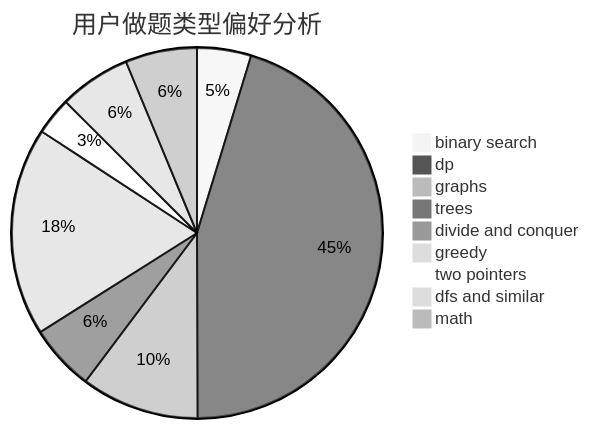
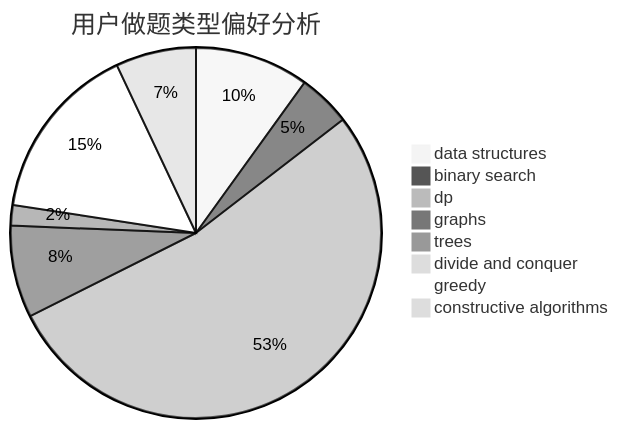
One commit to sherpahu/cfrs.github.io changed the second of 3 diagrams in docs/user/u1750.md. Above: the diagram before and after it, drawn with Mermaid (neutral theme). The commit also changed other lines of this file and 2775 other files, not shown here.

````diff
--- a/docs/user/u1750.md
+++ b/docs/user/u1750.md
@@ -23,12 +23,11 @@
 ```mermaid
 pie title 用户做题类型偏好分析
-    "binary search" :  49
-    "dp" :  470
-    "graphs" :  107
-    "trees" :  60
-    "divide and conquer" :  8
-    "greedy" :  189
-    "two pointers" :  34
-    "dfs and similar" :  65
-    "math" :  65
+    "data structures" :  78
+    "binary search" :  36
+    "dp" :  416
+    "graphs" :  63
+    "trees" :  14
+    "divide and conquer" :  5
+    "greedy" :  122
+    "constructive algorithms" :  55
 ```
````
